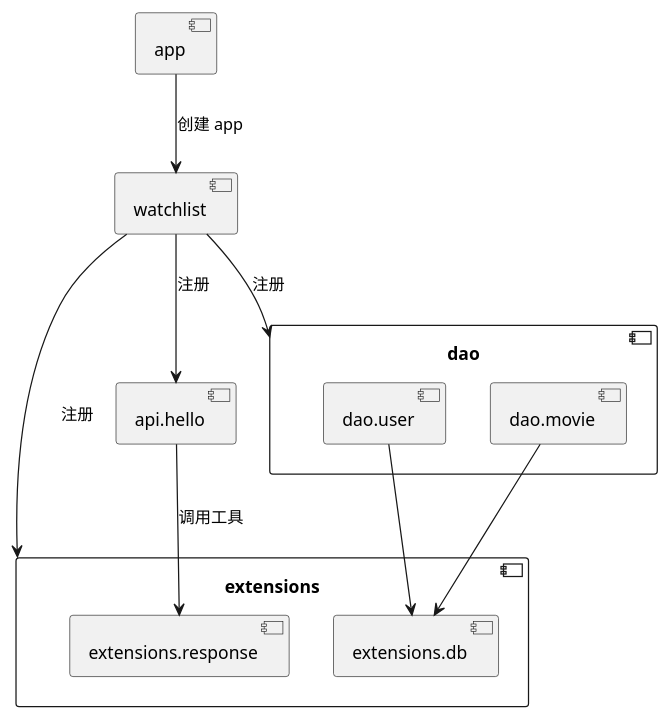
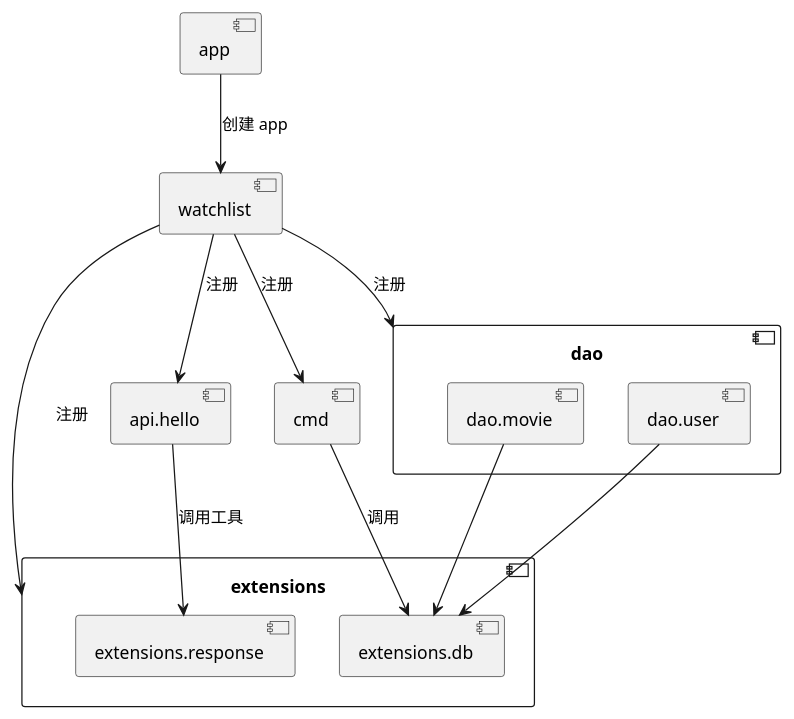
One commit to yss930819/APIFlaskAndUmiLearn changed the diagram in Watchlist/back-APIFlask/组件关系图.puml. Above: the diagram before and after it, drawn with PlantUML. The commit also changed 4 other files, not shown here.

```diff
--- a/Watchlist/back-APIFlask/组件关系图.puml
+++ b/Watchlist/back-APIFlask/组件关系图.puml
@@ -1,30 +1,35 @@
 @startuml
 
 component app
 component watchlist
+component cmd
 
 component api.hello
 
 component extensions {
     component extensions.db
     component extensions.response
 }
 
 component dao {
     component dao.user
     component dao.movie
 }
 
 app --> watchlist : 创建 app
 
+
+watchlist --> cmd : 注册
+cmd --> extensions.db : 调用
+
 watchlist --> extensions : 注册
 
 watchlist --> api.hello: 注册
 api.hello --> extensions.response: 调用工具
 
 watchlist --> dao : 注册
 dao.user --> extensions.db
 dao.movie --> extensions.db
 
 
 @enduml
```
